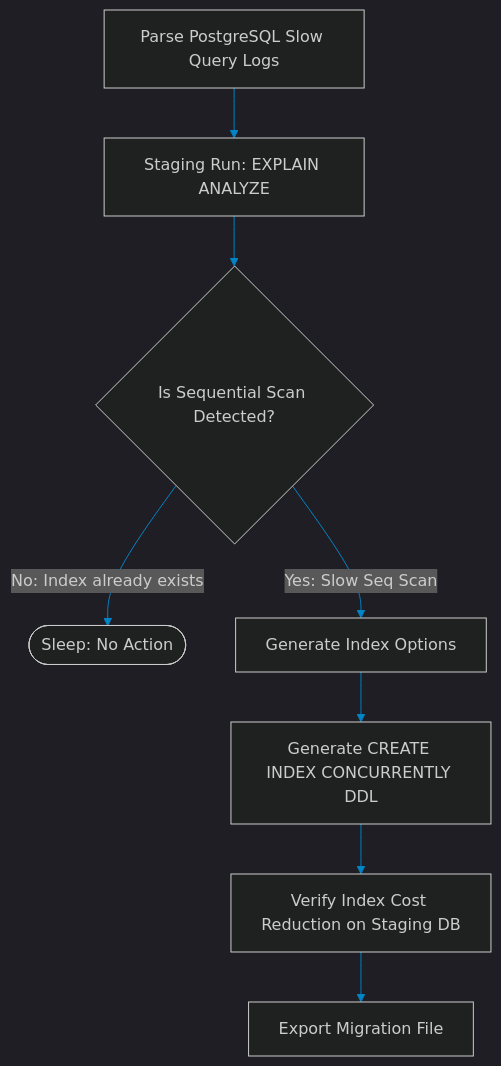
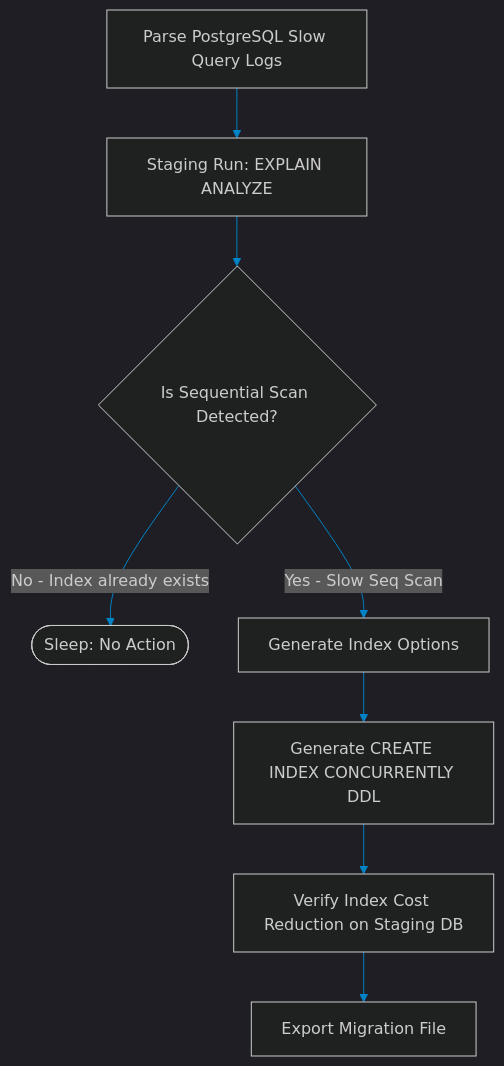
Before and after one commit to akmalkhaniub/akmalkhaniub.github.io: the diagram in blog/posts/database-self-healing-explain-analyze-indexing-swarms.md, drawn with Mermaid. The commit also changed 411 other files, not shown here.

````diff
--- a/blog/posts/database-self-healing-explain-analyze-indexing-swarms.md
+++ b/blog/posts/database-self-healing-explain-analyze-indexing-swarms.md
@@ -16,13 +16,13 @@
 ```mermaid
 %%{init: {'theme': 'dark', 'themeVariables': { 'primaryColor': '#0284c7', 'primaryTextColor': '#f3f4f6', 'primaryBorderColor': '#38bdf8', 'lineColor': '#0284c7', 'secondaryColor': '#111827', 'tertiaryColor': '#0b0f19'}}}%%
 flowchart TD
     Log[Parse PostgreSQL Slow Query Logs] --> CheckExplain[Staging Run: EXPLAIN ANALYZE]
     CheckExplain --> ParsePlan{Is Sequential Scan Detected?}
     
-    ParsePlan -->|No: Index already exists| Exit([Sleep: No Action])
-    ParsePlan -->|Yes: Slow Seq Scan| Recommendations[Generate Index Options]
+    ParsePlan -->|No - Index already exists| Exit([Sleep: No Action])
+    ParsePlan -->|Yes - Slow Seq Scan| Recommendations[Generate Index Options]
     
     Recommendations --> WriteDDL[Generate CREATE INDEX CONCURRENTLY DDL]
     WriteDDL --> Stage[Verify Index Cost Reduction on Staging DB]
     Stage --> Commit[Export Migration File]
 ```
````
